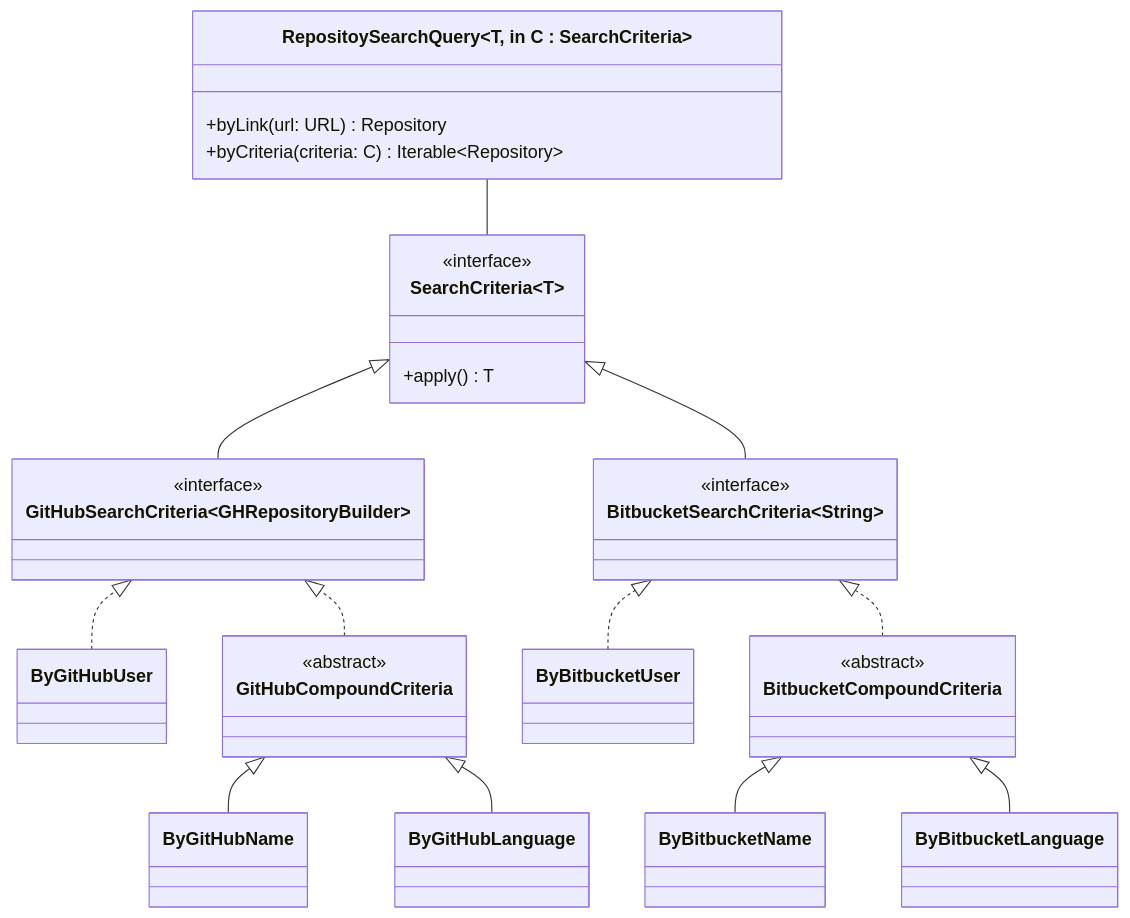
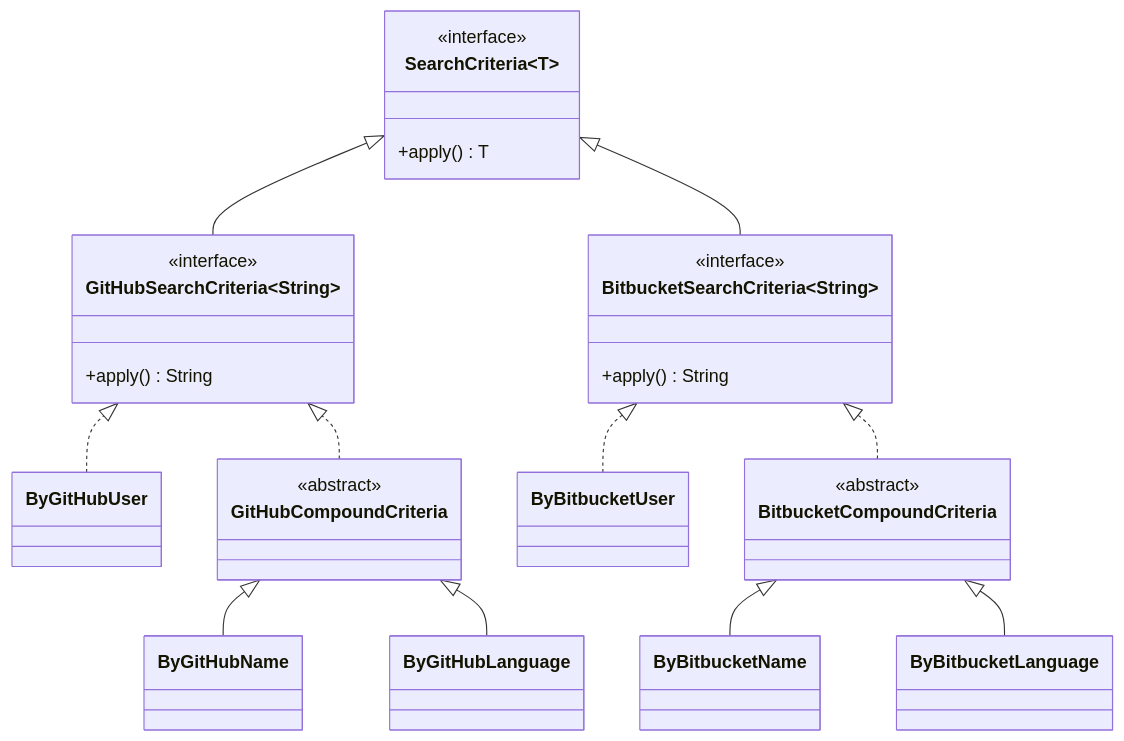
Before and after one commit to tassiLuca/code-plagiarism-detector-doc: the fifth of 8 diagrams in doc.md, drawn with Mermaid. The commit also changed other lines of this file, not shown here.

````diff
--- a/doc.md
+++ b/doc.md
@@ -164,42 +181,37 @@
 ```mermaid
 classDiagram
     direction BT
-    class RepositoySearchQuery~T, in C : SearchCriteria<T>~ {
-        +byLink(url: URL) Repository
-        +byCriteria(criteria: C) Iterable~Repository~
-    }
-
     class SearchCriteria~T~ {
         <<interface>>
         +apply() T
     }
 
-    SearchCriteria -- RepositoySearchQuery
-
-    class GitHubSearchCriteria~GHRepositoryBuilder~ {
+    class GitHubSearchCriteria~String~ {
         <<interface>>
+        +apply() String
     }
     GitHubSearchCriteria --|> SearchCriteria
     class ByGitHubUser
     ByGitHubUser ..|> GitHubSearchCriteria
     class GitHubCompoundCriteria {
         <<abstract>>
     }
     GitHubCompoundCriteria ..|> GitHubSearchCriteria
     ByGitHubName --|> GitHubCompoundCriteria
     ByGitHubLanguage --|> GitHubCompoundCriteria
 
     class BitbucketSearchCriteria~String~ {
         <<interface>>
+        +apply() String
     }
     BitbucketSearchCriteria --|> SearchCriteria
     class ByBitbucketUser
     ByBitbucketUser ..|> BitbucketSearchCriteria
     class BitbucketCompoundCriteria {
         <<abstract>>
     }
     BitbucketCompoundCriteria ..|> BitbucketSearchCriteria
     ByBitbucketName --|> BitbucketCompoundCriteria
     ByBitbucketLanguage --|> BitbucketCompoundCriteria
 
 ```
````
